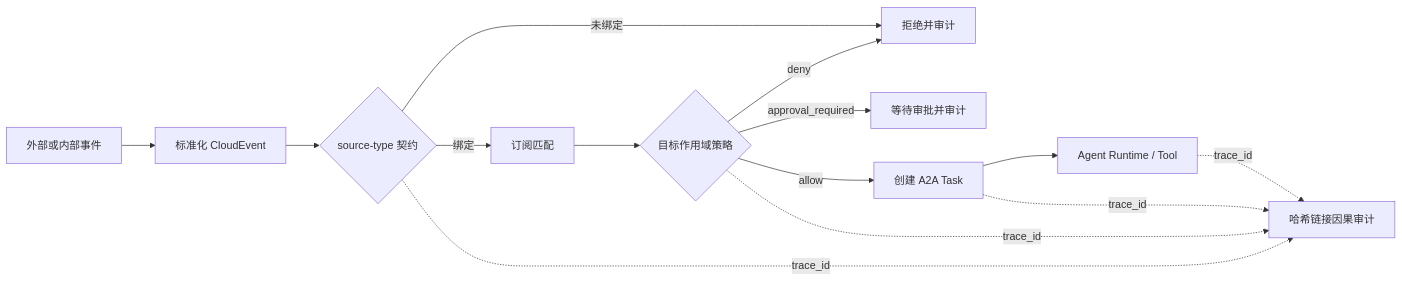
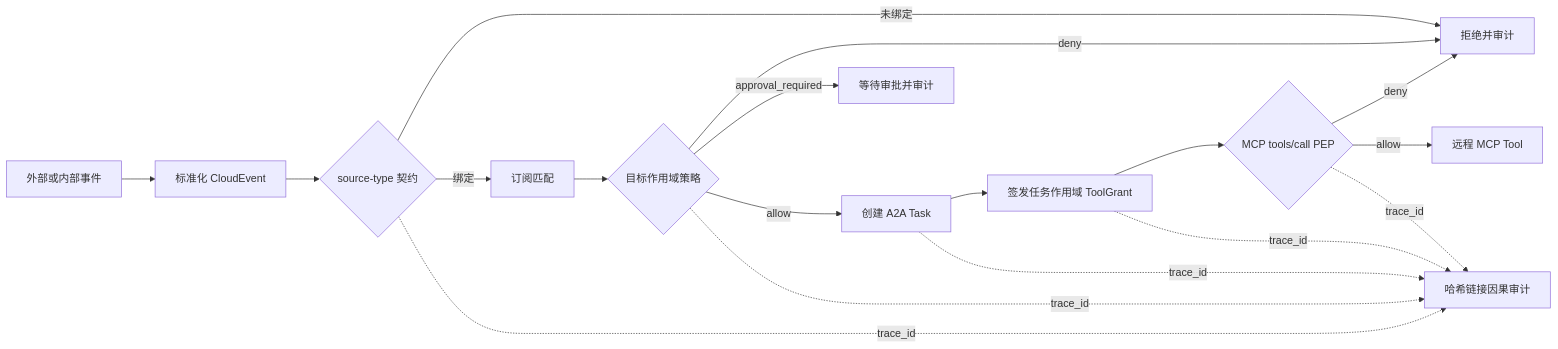
Before and after one commit to HQIT/DiOS: the diagram in docs/paper/E2AG-paper-draft.md, drawn with Mermaid. The commit also changed other lines of this file and 16 other files, not shown here.

Commit message:
feat(e2ag): enforce task-scoped MCP tool grants

````diff
--- a/docs/paper/E2AG-paper-draft.md
+++ b/docs/paper/E2AG-paper-draft.md
@@ -111,16 +111,20 @@
 ```mermaid
 flowchart LR
     E["外部或内部事件"] --> N["标准化 CloudEvent"]
     N --> C{"source-type 契约"}
     C -->|未绑定| D["拒绝并审计"]
     C -->|绑定| R["订阅匹配"]
     R --> P{"目标作用域策略"}
     P -->|deny| D
     P -->|approval_required| H["等待审批并审计"]
     P -->|allow| T["创建 A2A Task"]
-    T --> X["Agent Runtime / Tool"]
+    T --> G["签发任务作用域 ToolGrant"]
+    G --> M{"MCP tools/call PEP"}
+    M -->|deny| D
+    M -->|allow| X["远程 MCP Tool"]
     C -. trace_id .-> A["哈希链接因果审计"]
     P -. trace_id .-> A
     T -. trace_id .-> A
-    X -. trace_id .-> A
+    G -. trace_id .-> A
+    M -. trace_id .-> A
 ```
````
